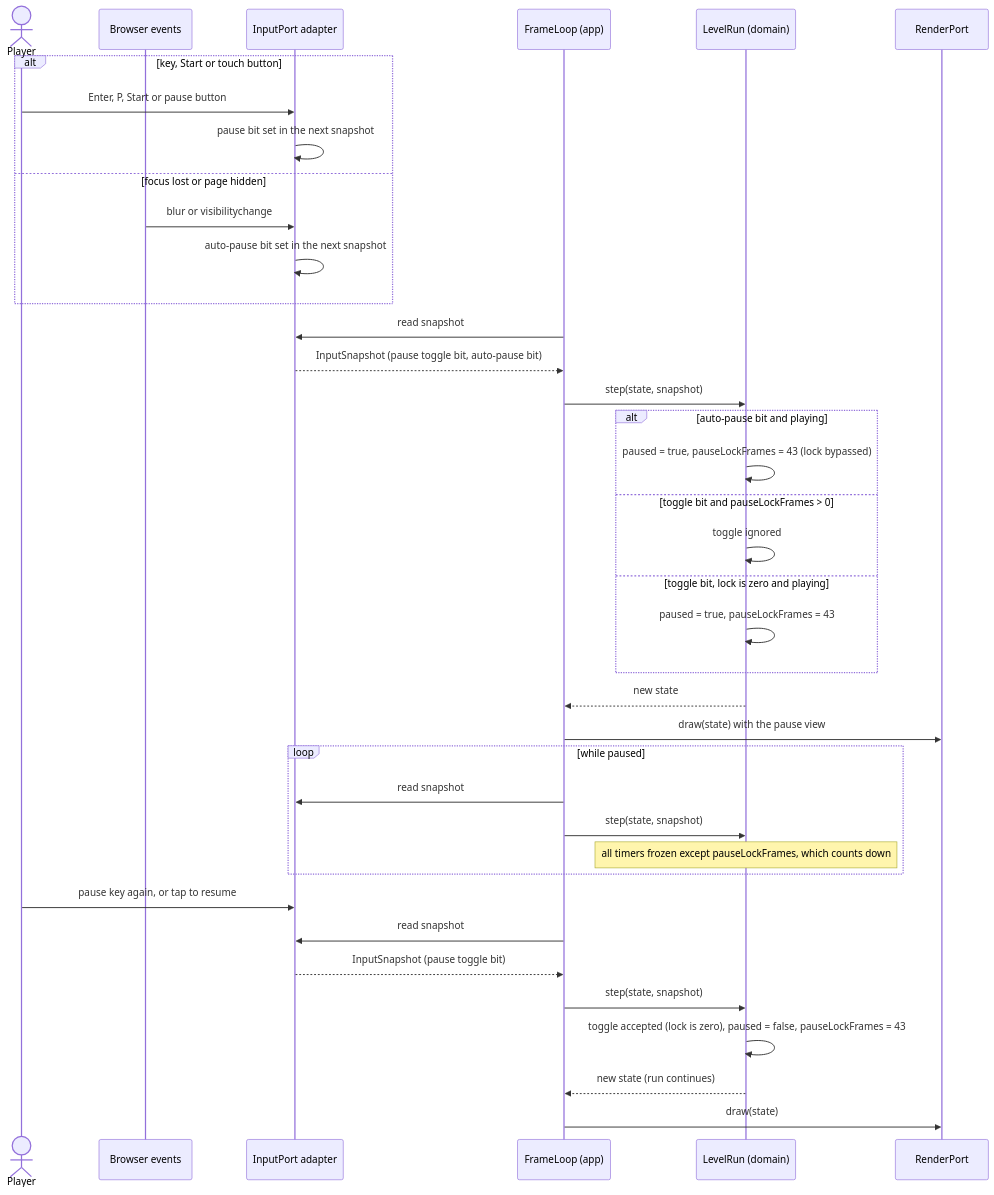
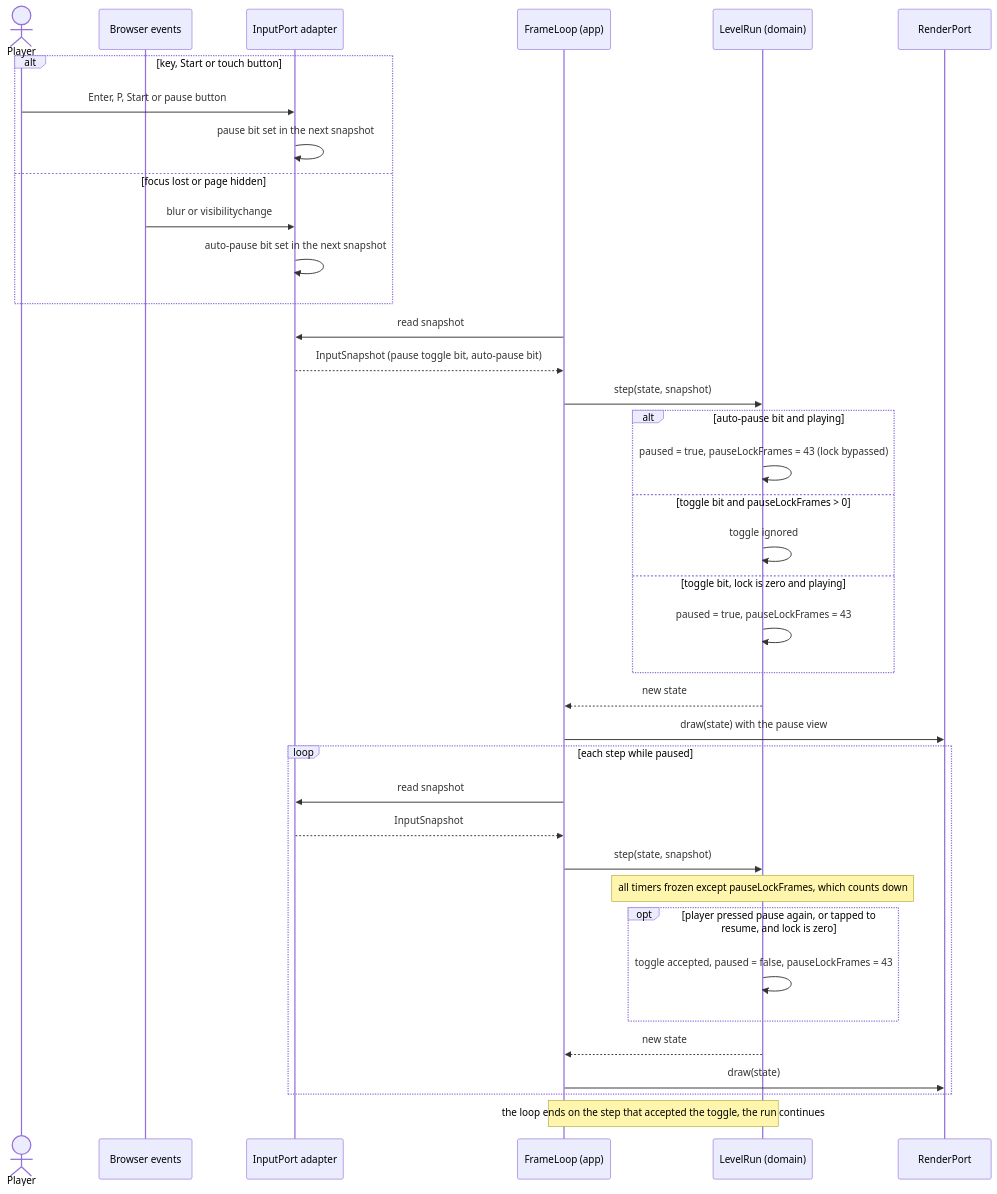
The diagram in docs/architecture/diagrams/gameplay/14-sequence-pause-resume.md (benoit-bremaud/retro-plumber), drawn with Mermaid before and after one commit. The commit also changed 1 other file, not shown here.

Commit message:
docs(uml): address second Codex review on sequences 12, 14 (#7)

````diff
--- a/docs/architecture/diagrams/gameplay/14-sequence-pause-resume.md
+++ b/docs/architecture/diagrams/gameplay/14-sequence-pause-resume.md
@@ -14,40 +14,40 @@
 ```mermaid
 sequenceDiagram
     actor P as Player
     participant Br as Browser events
     participant In as InputPort adapter
     participant FL as FrameLoop (app)
     participant LR as LevelRun (domain)
     participant Out as RenderPort
     alt key, Start or touch button
         P->>In: Enter, P, Start or pause button
         In->>In: pause bit set in the next snapshot
     else focus lost or page hidden
         Br->>In: blur or visibilitychange
         In->>In: auto-pause bit set in the next snapshot
     end
     FL->>In: read snapshot
     In-->>FL: InputSnapshot (pause toggle bit, auto-pause bit)
     FL->>LR: step(state, snapshot)
     alt auto-pause bit and playing
         LR->>LR: paused = true, pauseLockFrames = 43 (lock bypassed)
     else toggle bit and pauseLockFrames > 0
         LR->>LR: toggle ignored
     else toggle bit, lock is zero and playing
         LR->>LR: paused = true, pauseLockFrames = 43
     end
     LR-->>FL: new state
     FL->>Out: draw(state) with the pause view
-    loop while paused
+    loop each step while paused
         FL->>In: read snapshot
+        In-->>FL: InputSnapshot
         FL->>LR: step(state, snapshot)
         Note over LR: all timers frozen except pauseLockFrames, which counts down
+        opt player pressed pause again, or tapped to resume, and lock is zero
+            LR->>LR: toggle accepted, paused = false, pauseLockFrames = 43
+        end
+        LR-->>FL: new state
+        FL->>Out: draw(state)
     end
-    P->>In: pause key again, or tap to resume
-    FL->>In: read snapshot
-    In-->>FL: InputSnapshot (pause toggle bit)
-    FL->>LR: step(state, snapshot)
-    LR->>LR: toggle accepted (lock is zero), paused = false, pauseLockFrames = 43
-    LR-->>FL: new state (run continues)
-    FL->>Out: draw(state)
+    Note over FL,LR: the loop ends on the step that accepted the toggle, the run continues
 ```
````
